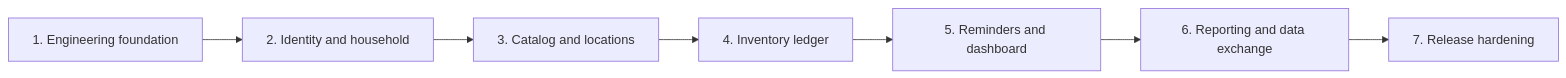
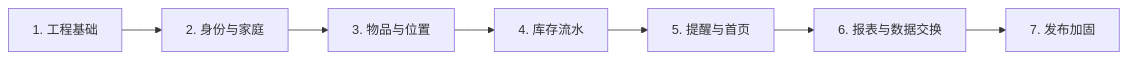
The diagram in docs/superpowers/plans/2026-07-19-delivery-roadmap.md (KeroroC/zija), drawn with Mermaid before and after one commit. The commit also changed other lines of this file and 1 other file, not shown here.

````diff
--- a/docs/superpowers/plans/2026-07-19-delivery-roadmap.md
+++ b/docs/superpowers/plans/2026-07-19-delivery-roadmap.md
@@ -34,9 +34,9 @@
 ```mermaid
 flowchart LR
-    P1["1. Engineering foundation"] --> P2["2. Identity and household"]
-    P2 --> P3["3. Catalog and locations"]
-    P3 --> P4["4. Inventory ledger"]
-    P4 --> P5["5. Reminders and dashboard"]
-    P5 --> P6["6. Reporting and data exchange"]
-    P6 --> P7["7. Release hardening"]
+    P1["1. 工程基础"] --> P2["2. 身份与家庭"]
+    P2 --> P3["3. 物品与位置"]
+    P3 --> P4["4. 库存流水"]
+    P4 --> P5["5. 提醒与首页"]
+    P5 --> P6["6. 报表与数据交换"]
+    P6 --> P7["7. 发布加固"]
 ```
````
